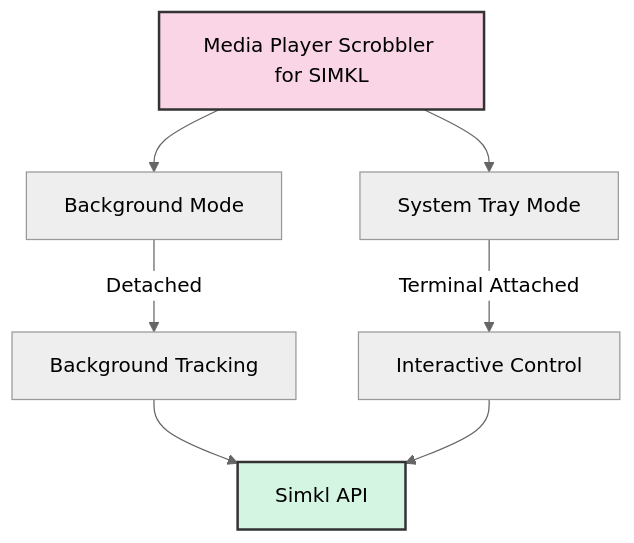
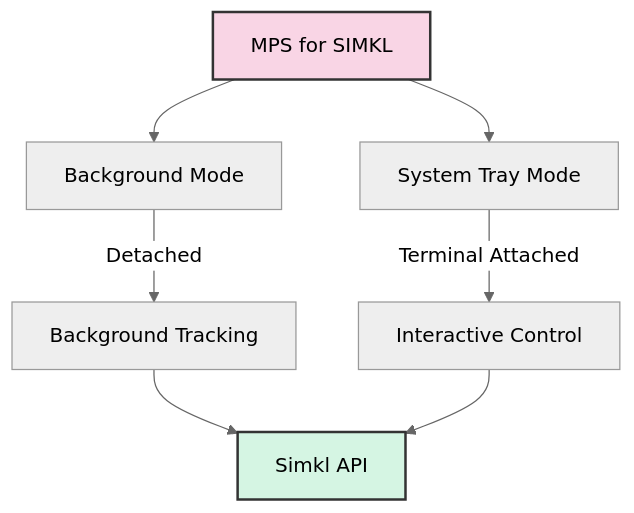
Before and after one commit to ByteTrix/Media-Player-Scrobbler-for-Simkl: the diagram in docs/usage.md, drawn with Mermaid (neutral theme). The commit also changed other lines of this file and 2 other files, not shown here.

Commit message:
fix: update documentation to reflect project name change from 'Media Player Scrobbler' to 'MPS'

````diff
--- a/docs/usage.md
+++ b/docs/usage.md
@@ -103,14 +105,14 @@
 ```mermaid
 graph TD
-    A[Media Player Scrobbler for SIMKL] --> B[Background Mode]
+    A[MPS for SIMKL] --> B[Background Mode]
     A --> C[System Tray Mode]
     
     B -->|Detached| F[Background Tracking]
     C -->|Terminal Attached| G[Interactive Control]
     
     F --> J[Simkl API]
     G --> J
     
     style A fill:#f9d5e5,stroke:#333,stroke-width:2px
     style J fill:#d5f5e3,stroke:#333,stroke-width:2px
 ```
````
